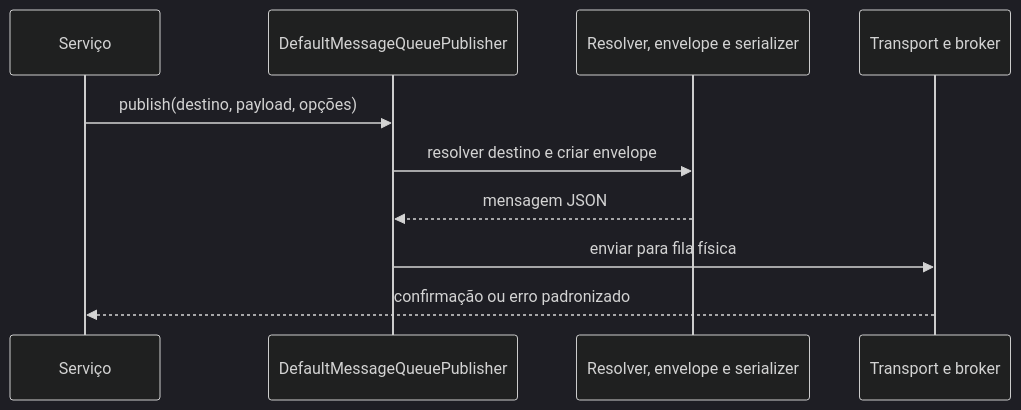
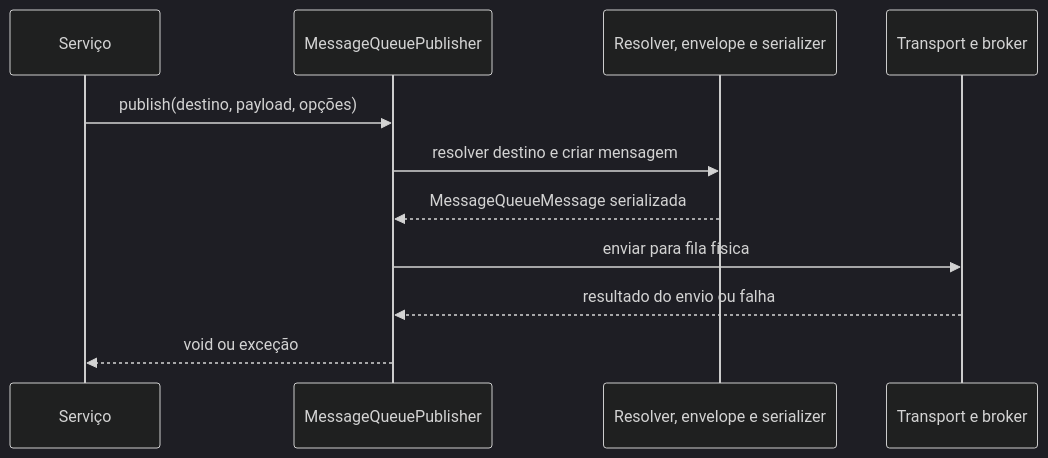
The second of 3 diagrams in modules/platform-message-queue/docs/architecture.md (BrunoBS/platform-libraries), drawn with Mermaid (dark theme) before and after one commit. The commit also changed other lines of this file, not shown here.

Commit message:
Document message queue flow contracts

````diff
--- a/modules/platform-message-queue/docs/architecture.md
+++ b/modules/platform-message-queue/docs/architecture.md
@@ -159,12 +184,13 @@
 ```mermaid
 sequenceDiagram
     participant App as Serviço
-    participant Pub as DefaultMessageQueuePublisher
+    participant Pub as MessageQueuePublisher
     participant Shared as Resolver, envelope e serializer
     participant Broker as Transport e broker
     App->>Pub: publish(destino, payload, opções)
-    Pub->>Shared: resolver destino e criar envelope
-    Shared-->>Pub: mensagem JSON
+    Pub->>Shared: resolver destino e criar mensagem
+    Shared-->>Pub: MessageQueueMessage serializada
     Pub->>Broker: enviar para fila física
-    Broker-->>App: confirmação ou erro padronizado
+    Broker-->>Pub: resultado do envio ou falha
+    Pub-->>App: void ou exceção
 ```
````
